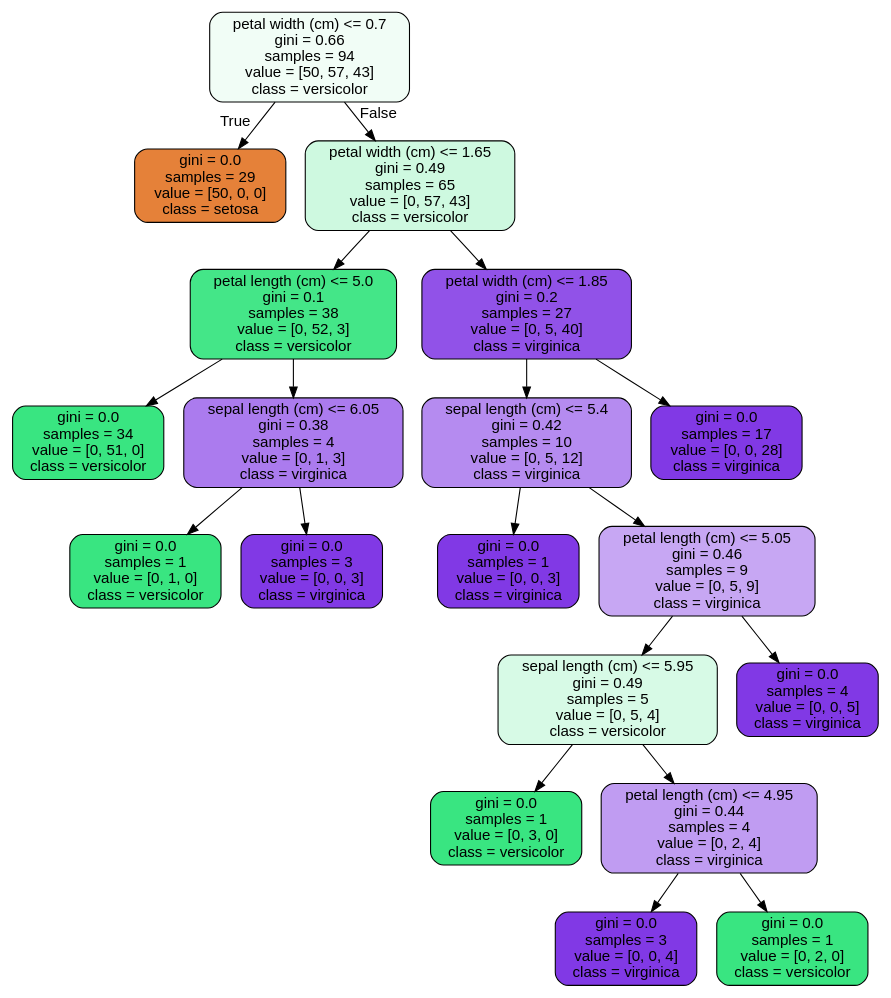
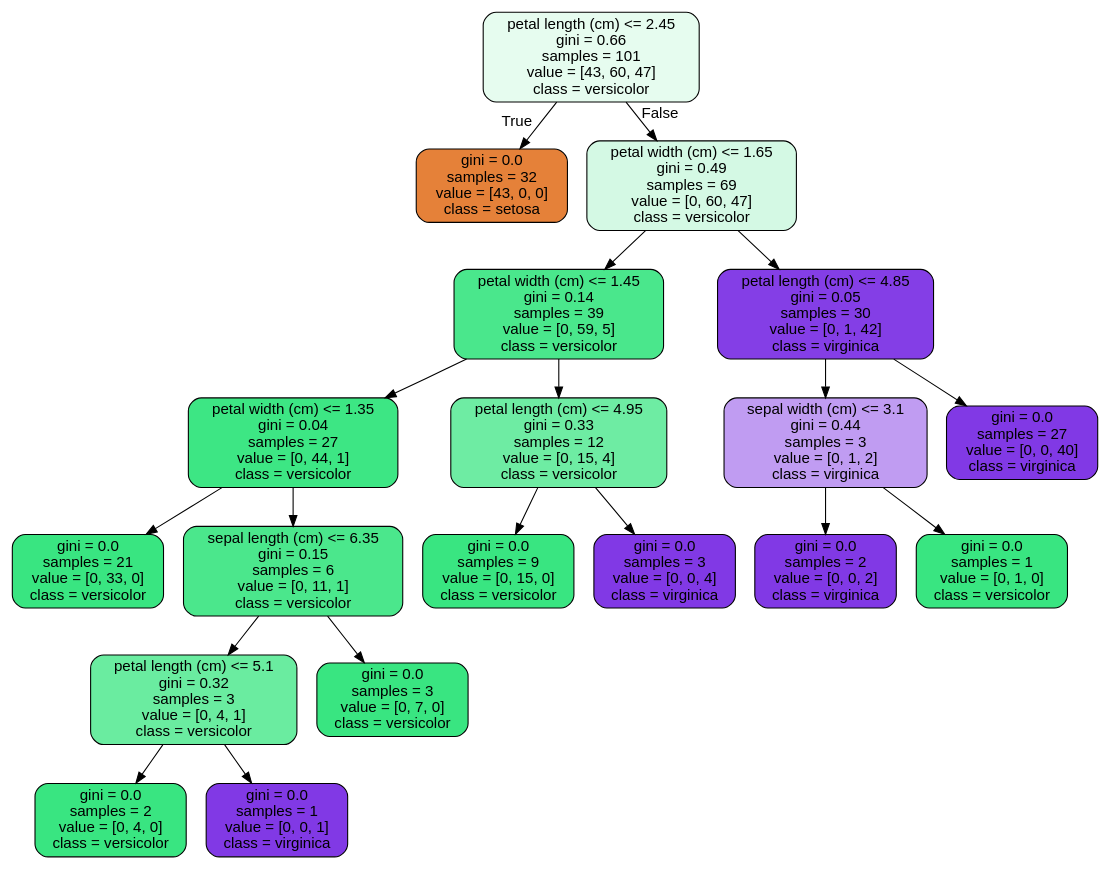
The diagram in RandomForest Covid Case Study_06302020/tree.dot (samokoye/Capstone-Projects-EDA-Regression-Supervised-Learning), drawn with Graphviz before and after one commit. The commit also changed 4 other files, not shown here.

```diff
--- a/RandomForest Covid Case Study_06302020/tree.dot
+++ b/RandomForest Covid Case Study_06302020/tree.dot
@@ -1,41 +1,41 @@
 digraph Tree {
 node [shape=box, style="filled, rounded", color="black", fontname=helvetica] ;
 edge [fontname=helvetica] ;
-0 [label="petal width (cm) <= 0.7\ngini = 0.66\nsamples = 94\nvalue = [50, 57, 43]\nclass = versicolor", fillcolor="#f1fdf6"] ;
-1 [label="gini = 0.0\nsamples = 29\nvalue = [50, 0, 0]\nclass = setosa", fillcolor="#e58139"] ;
+0 [label="petal length (cm) <= 2.45\ngini = 0.66\nsamples = 101\nvalue = [43, 60, 47]\nclass = versicolor", fillcolor="#e6fcef"] ;
+1 [label="gini = 0.0\nsamples = 32\nvalue = [43, 0, 0]\nclass = setosa", fillcolor="#e58139"] ;
 0 -> 1 [labeldistance=2.5, labelangle=45, headlabel="True"] ;
-2 [label="petal width (cm) <= 1.65\ngini = 0.49\nsamples = 65\nvalue = [0, 57, 43]\nclass = versicolor", fillcolor="#cef9e0"] ;
+2 [label="petal width (cm) <= 1.65\ngini = 0.49\nsamples = 69\nvalue = [0, 60, 47]\nclass = versicolor", fillcolor="#d4f9e4"] ;
 0 -> 2 [labeldistance=2.5, labelangle=-45, headlabel="False"] ;
-3 [label="petal length (cm) <= 5.0\ngini = 0.1\nsamples = 38\nvalue = [0, 52, 3]\nclass = versicolor", fillcolor="#44e688"] ;
+3 [label="petal width (cm) <= 1.45\ngini = 0.14\nsamples = 39\nvalue = [0, 59, 5]\nclass = versicolor", fillcolor="#4ae78c"] ;
 2 -> 3 ;
-4 [label="gini = 0.0\nsamples = 34\nvalue = [0, 51, 0]\nclass = versicolor", fillcolor="#39e581"] ;
+4 [label="petal width (cm) <= 1.35\ngini = 0.04\nsamples = 27\nvalue = [0, 44, 1]\nclass = versicolor", fillcolor="#3de684"] ;
 3 -> 4 ;
-5 [label="sepal length (cm) <= 6.05\ngini = 0.38\nsamples = 4\nvalue = [0, 1, 3]\nclass = virginica", fillcolor="#ab7bee"] ;
-3 -> 5 ;
-6 [label="gini = 0.0\nsamples = 1\nvalue = [0, 1, 0]\nclass = versicolor", fillcolor="#39e581"] ;
-5 -> 6 ;
-7 [label="gini = 0.0\nsamples = 3\nvalue = [0, 0, 3]\nclass = virginica", fillcolor="#8139e5"] ;
-5 -> 7 ;
-8 [label="petal width (cm) <= 1.85\ngini = 0.2\nsamples = 27\nvalue = [0, 5, 40]\nclass = virginica", fillcolor="#9152e8"] ;
-2 -> 8 ;
-9 [label="sepal length (cm) <= 5.4\ngini = 0.42\nsamples = 10\nvalue = [0, 5, 12]\nclass = virginica", fillcolor="#b58bf0"] ;
-8 -> 9 ;
-10 [label="gini = 0.0\nsamples = 1\nvalue = [0, 0, 3]\nclass = virginica", fillcolor="#8139e5"] ;
-9 -> 10 ;
-11 [label="petal length (cm) <= 5.05\ngini = 0.46\nsamples = 9\nvalue = [0, 5, 9]\nclass = virginica", fillcolor="#c7a7f3"] ;
-9 -> 11 ;
-12 [label="sepal length (cm) <= 5.95\ngini = 0.49\nsamples = 5\nvalue = [0, 5, 4]\nclass = versicolor", fillcolor="#d7fae6"] ;
+5 [label="gini = 0.0\nsamples = 21\nvalue = [0, 33, 0]\nclass = versicolor", fillcolor="#39e581"] ;
+4 -> 5 ;
+6 [label="sepal length (cm) <= 6.35\ngini = 0.15\nsamples = 6\nvalue = [0, 11, 1]\nclass = versicolor", fillcolor="#4be78c"] ;
+4 -> 6 ;
+7 [label="petal length (cm) <= 5.1\ngini = 0.32\nsamples = 3\nvalue = [0, 4, 1]\nclass = versicolor", fillcolor="#6aeca0"] ;
+6 -> 7 ;
+8 [label="gini = 0.0\nsamples = 2\nvalue = [0, 4, 0]\nclass = versicolor", fillcolor="#39e581"] ;
+7 -> 8 ;
+9 [label="gini = 0.0\nsamples = 1\nvalue = [0, 0, 1]\nclass = virginica", fillcolor="#8139e5"] ;
+7 -> 9 ;
+10 [label="gini = 0.0\nsamples = 3\nvalue = [0, 7, 0]\nclass = versicolor", fillcolor="#39e581"] ;
+6 -> 10 ;
+11 [label="petal length (cm) <= 4.95\ngini = 0.33\nsamples = 12\nvalue = [0, 15, 4]\nclass = versicolor", fillcolor="#6eeca3"] ;
+3 -> 11 ;
+12 [label="gini = 0.0\nsamples = 9\nvalue = [0, 15, 0]\nclass = versicolor", fillcolor="#39e581"] ;
 11 -> 12 ;
-13 [label="gini = 0.0\nsamples = 1\nvalue = [0, 3, 0]\nclass = versicolor", fillcolor="#39e581"] ;
-12 -> 13 ;
-14 [label="petal length (cm) <= 4.95\ngini = 0.44\nsamples = 4\nvalue = [0, 2, 4]\nclass = virginica", fillcolor="#c09cf2"] ;
-12 -> 14 ;
-15 [label="gini = 0.0\nsamples = 3\nvalue = [0, 0, 4]\nclass = virginica", fillcolor="#8139e5"] ;
+13 [label="gini = 0.0\nsamples = 3\nvalue = [0, 0, 4]\nclass = virginica", fillcolor="#8139e5"] ;
+11 -> 13 ;
+14 [label="petal length (cm) <= 4.85\ngini = 0.05\nsamples = 30\nvalue = [0, 1, 42]\nclass = virginica", fillcolor="#843ee6"] ;
+2 -> 14 ;
+15 [label="sepal width (cm) <= 3.1\ngini = 0.44\nsamples = 3\nvalue = [0, 1, 2]\nclass = virginica", fillcolor="#c09cf2"] ;
 14 -> 15 ;
-16 [label="gini = 0.0\nsamples = 1\nvalue = [0, 2, 0]\nclass = versicolor", fillcolor="#39e581"] ;
-14 -> 16 ;
-17 [label="gini = 0.0\nsamples = 4\nvalue = [0, 0, 5]\nclass = virginica", fillcolor="#8139e5"] ;
-11 -> 17 ;
-18 [label="gini = 0.0\nsamples = 17\nvalue = [0, 0, 28]\nclass = virginica", fillcolor="#8139e5"] ;
-8 -> 18 ;
+16 [label="gini = 0.0\nsamples = 2\nvalue = [0, 0, 2]\nclass = virginica", fillcolor="#8139e5"] ;
+15 -> 16 ;
+17 [label="gini = 0.0\nsamples = 1\nvalue = [0, 1, 0]\nclass = versicolor", fillcolor="#39e581"] ;
+15 -> 17 ;
+18 [label="gini = 0.0\nsamples = 27\nvalue = [0, 0, 40]\nclass = virginica", fillcolor="#8139e5"] ;
+14 -> 18 ;
 }
```
